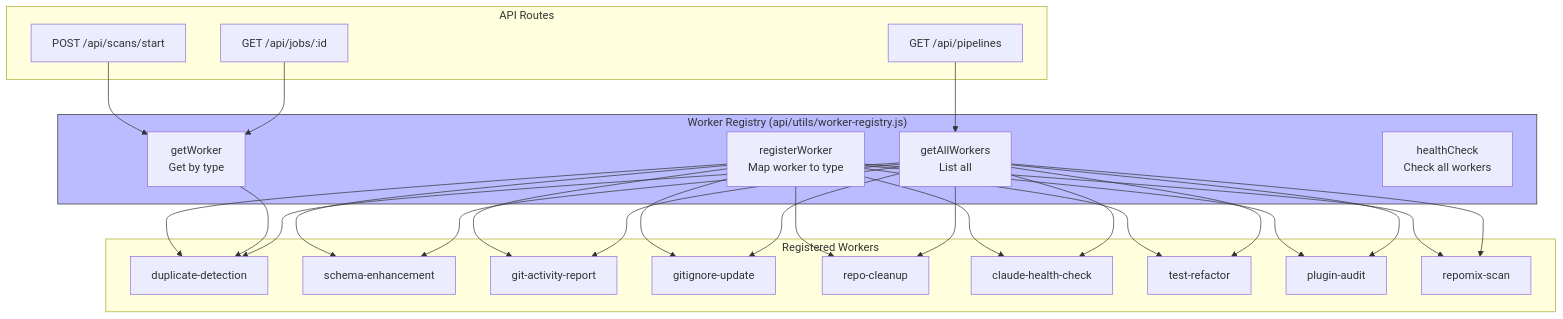
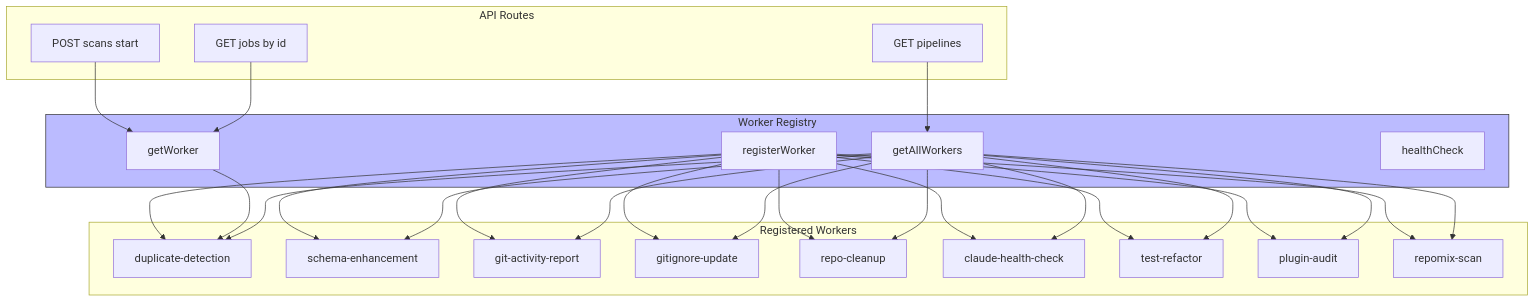
Before and after one commit to integritystudio/AlephAuto: the ninth of 13 diagrams in docs/architecture/SYSTEM-DATA-FLOW.md, drawn with Mermaid. The commit also changed other lines of this file, not shown here.

First line of the commit message:
fix(docs): resolve Mermaid diagram syntax errors in SYSTEM-DATA-FLOW.md

````diff
--- a/docs/architecture/SYSTEM-DATA-FLOW.md
+++ b/docs/architecture/SYSTEM-DATA-FLOW.md
@@ -502,39 +502,39 @@
 ```mermaid
 flowchart TB
-    subgraph Registry["Worker Registry (api/utils/worker-registry.js)"]
-        Register[registerWorker<br/>Map worker to type]
-        Get[getWorker<br/>Get by type]
-        All[getAllWorkers<br/>List all]
-        Health[healthCheck<br/>Check all workers]
+    subgraph Registry["Worker Registry"]
+        Register["registerWorker"]
+        Get["getWorker"]
+        All["getAllWorkers"]
+        Health["healthCheck"]
     end
 
     subgraph Workers["Registered Workers"]
-        DD[duplicate-detection]
-        SE[schema-enhancement]
-        GA[git-activity-report]
-        GI[gitignore-update]
-        RC[repo-cleanup]
-        CH[claude-health-check]
-        TR[test-refactor]
-        PM[plugin-audit]
-        RM[repomix-scan]
+        DD["duplicate-detection"]
+        SE["schema-enhancement"]
+        GA["git-activity-report"]
+        GI["gitignore-update"]
+        RC["repo-cleanup"]
+        CH["claude-health-check"]
+        TR["test-refactor"]
+        PM["plugin-audit"]
+        RM["repomix-scan"]
     end
 
     subgraph API["API Routes"]
-        Start[POST /api/scans/start]
-        List[GET /api/pipelines]
-        Status[GET /api/jobs/:id]
+        Start["POST scans start"]
+        List["GET pipelines"]
+        Status["GET jobs by id"]
     end
 
     Register --> DD & SE & GA & GI & RC & CH & TR & PM & RM
 
     Start --> Get
     Get --> DD
 
     List --> All
     All --> DD & SE & GA & GI & RC & CH & TR & PM & RM
 
     Status --> Get
 
     style Registry fill:#bbf,stroke:#333
 ```
````
